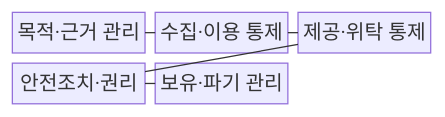
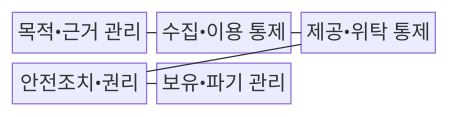
The first of 2 diagrams in src/content/docs/notes/05-security/094_personal_data_protection_act.md (agnusdei1207/knowledge-base), drawn with Mermaid before and after one commit. The commit also changed other lines of this file and 953 other files, not shown here.

````diff
--- a/src/content/docs/notes/05-security/094_personal_data_protection_act.md
+++ b/src/content/docs/notes/05-security/094_personal_data_protection_act.md
@@ -63,13 +63,13 @@
 ```mermaid
 block-beta
   columns 3
-  A["목적·근거 관리"]
-  B["수집·이용 통제"]
-  C["제공·위탁 통제"]
-  D["안전조치·권리"]
-  E["보유·파기 관리"]
+  A["목적•근거 관리"]
+  B["수집•이용 통제"]
+  C["제공•위탁 통제"]
+  D["안전조치•권리"]
+  E["보유•파기 관리"]
   A --- B
   B --- C
   C --- D
   D --- E
 ```
````
